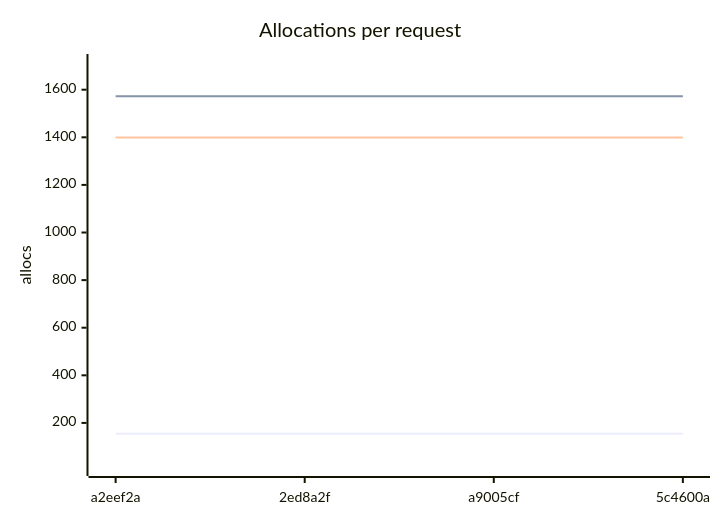
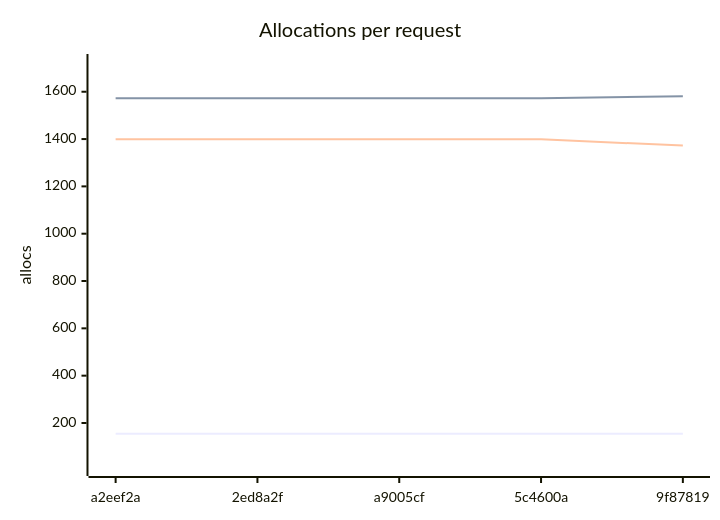
The fifth of 7 diagrams in CHART.md (Karakatiza666/roc-cloudflare-workers), drawn with Mermaid before and after one commit. The commit also changed other lines of this file and 2 other files, not shown here.

````diff
--- a/CHART.md
+++ b/CHART.md
@@ -71,9 +71,9 @@
 ```mermaid
 xychart-beta
     title "Allocations per request"
-    x-axis ["a2eef2a", "2ed8a2f", "a9005cf", "5c4600a"]
-    y-axis "allocs" 12.702 --> 1714.3
-    line [154.5, 154.5, 154.5, 154.5]
-    line [1572.5, 1572.5, 1572.5, 1572.5]
-    line [1398.9, 1398.9, 1398.9, 1398.9]
+    x-axis ["a2eef2a", "2ed8a2f", "a9005cf", "5c4600a", "9f87819"]
+    y-axis "allocs" 11.854 --> 1723.6
+    line [154.5, 154.5, 154.5, 154.5, 154.5]
+    line [1572.5, 1572.5, 1572.5, 1572.5, 1581]
+    line [1398.9, 1398.9, 1398.9, 1398.9, 1372.4]
 ```
````
